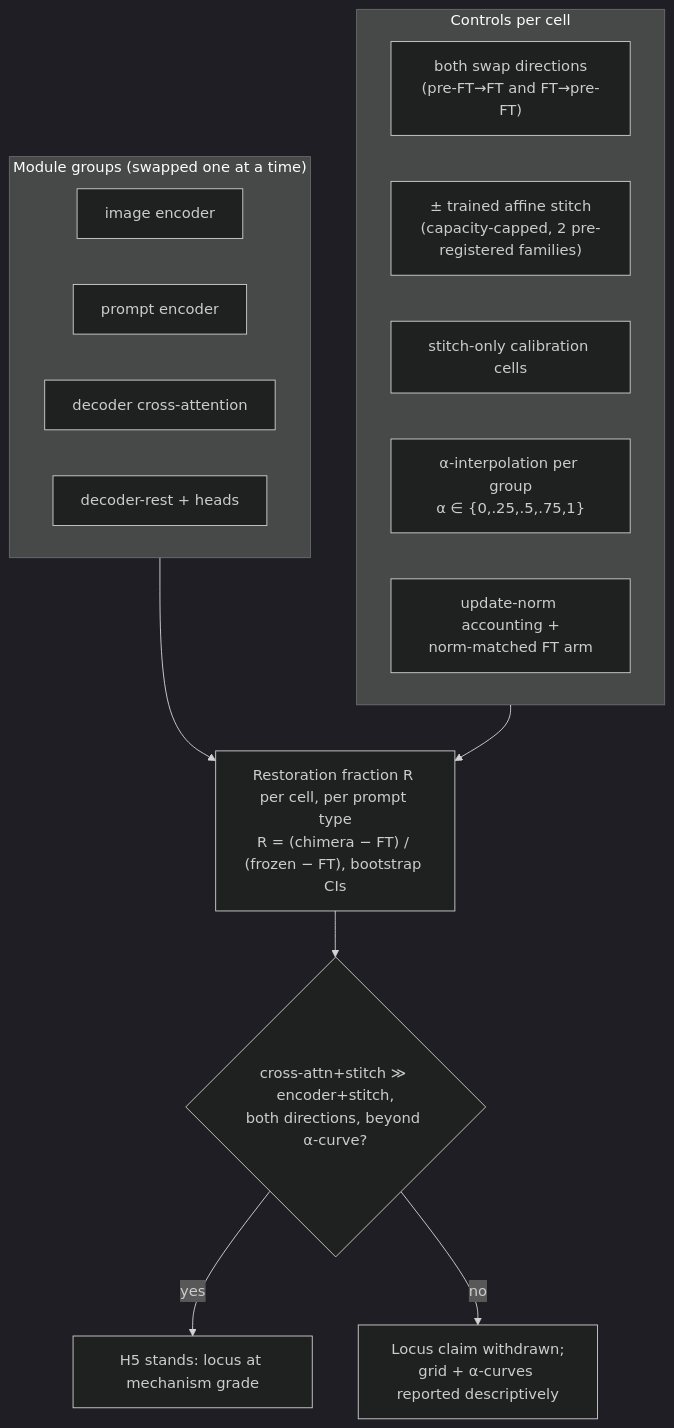
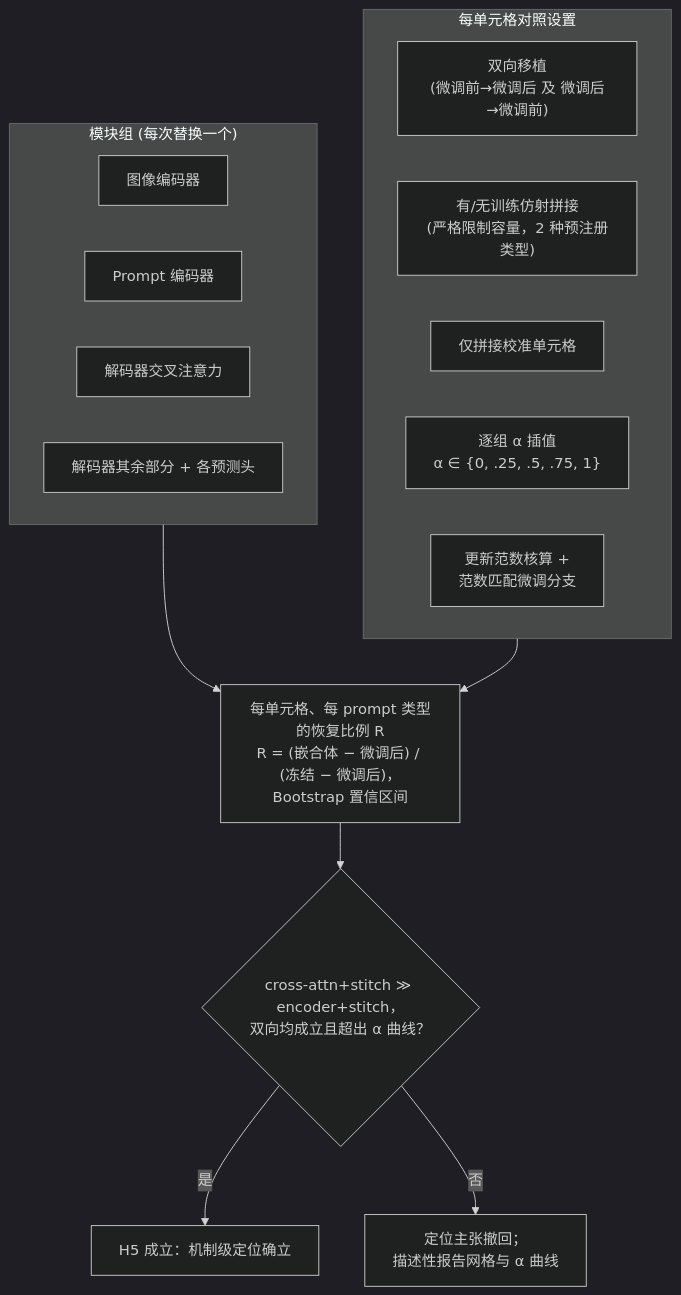
One commit to songkang688/idea changed the fourth of 5 diagrams in Windows4/Idea_02/mermaid.md. Above: the diagram before and after it, drawn with Mermaid (dark theme). The commit also changed other lines of this file and 74 other files, not shown here.

````diff
--- a/Windows4/Idea_02/mermaid.md
+++ b/Windows4/Idea_02/mermaid.md
@@ -72,21 +72,21 @@
 ```mermaid
 flowchart TD
-    subgraph MODULES["Module groups (swapped one at a time)"]
-        M1["image encoder"]
-        M2["prompt encoder"]
-        M3["decoder cross-attention"]
-        M4["decoder-rest + heads"]
+    subgraph MODULES["模块组 (每次替换一个)"]
+    M1["图像编码器"]
+    M2["Prompt 编码器"]
+    M3["解码器交叉注意力"]
+    M4["解码器其余部分 + 各预测头"]
     end
-    subgraph CONTROLS["Controls per cell"]
-        C1["both swap directions<br/>(pre-FT→FT and FT→pre-FT)"]
-        C2["± trained affine stitch<br/>(capacity-capped, 2 pre-registered families)"]
-        C3["stitch-only calibration cells"]
-        C4["α-interpolation per group<br/>α ∈ {0,.25,.5,.75,1}"]
-        C5["update-norm accounting +<br/>norm-matched FT arm"]
+    subgraph CONTROLS["每单元格对照设置"]
+    C1["双向移植<br/>(微调前→微调后 及 微调后→微调前)"]
+    C2["有/无训练仿射拼接<br/>(严格限制容量，2 种预注册类型)"]
+    C3["仅拼接校准单元格"]
+    C4["逐组 α 插值<br/>α ∈ {0, .25, .5, .75, 1}"]
+    C5["更新范数核算 +<br/>范数匹配微调分支"]
     end
-    MODULES --> R["Restoration fraction R per cell, per prompt type<br/>R = (chimera − FT) / (frozen − FT), bootstrap CIs"]
+    MODULES --> R["每单元格、每 prompt 类型的恢复比例 R<br/>R = (嵌合体 − 微调后) / (冻结 − 微调后)，Bootstrap 置信区间"]
     CONTROLS --> R
-    R --> V{"cross-attn+stitch ≫ encoder+stitch,<br/>both directions, beyond α-curve?"}
-    V -- yes --> H5Y["H5 stands: locus at mechanism grade"]
-    V -- no --> H5N["Locus claim withdrawn;<br/>grid + α-curves reported descriptively"]
+    R --> V{"cross-attn+stitch ≫ encoder+stitch，<br/>双向均成立且超出 α 曲线？"}
+    V -- 是 --> H5Y["H5 成立：机制级定位确立"]
+    V -- 否 --> H5N["定位主张撤回；<br/>描述性报告网格与 α 曲线"]
 ```
````
